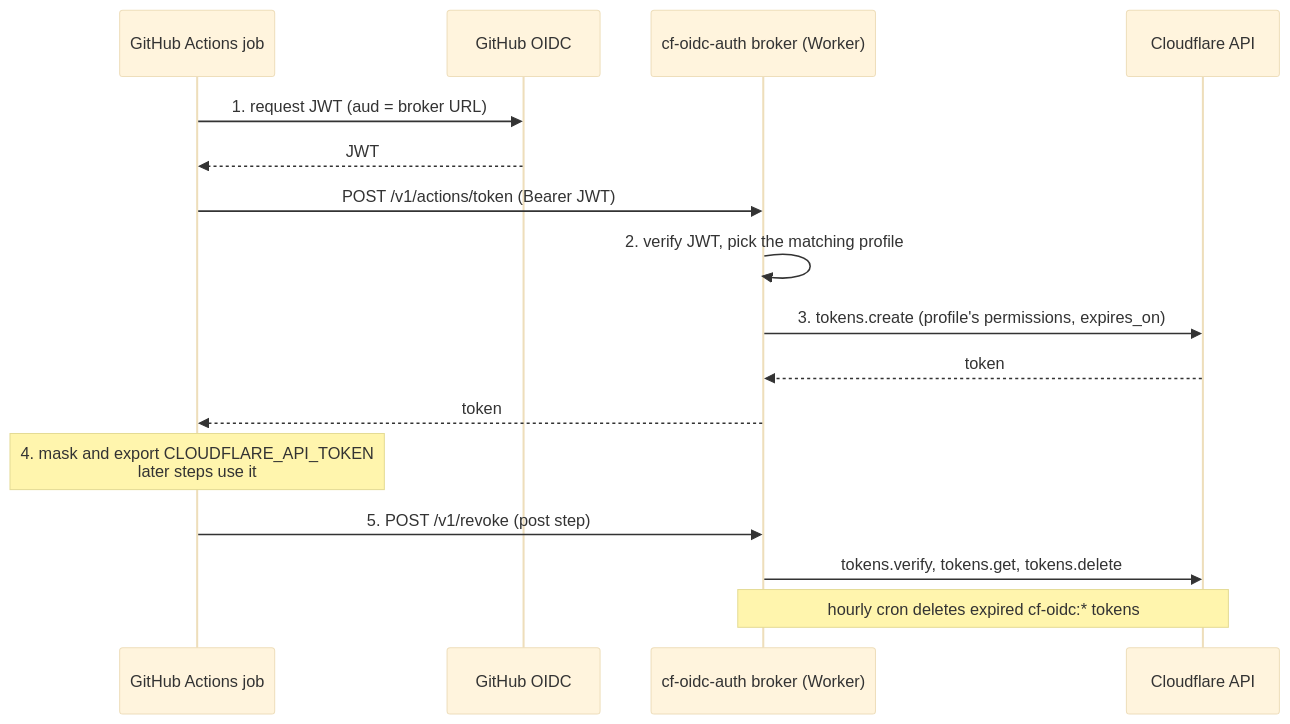
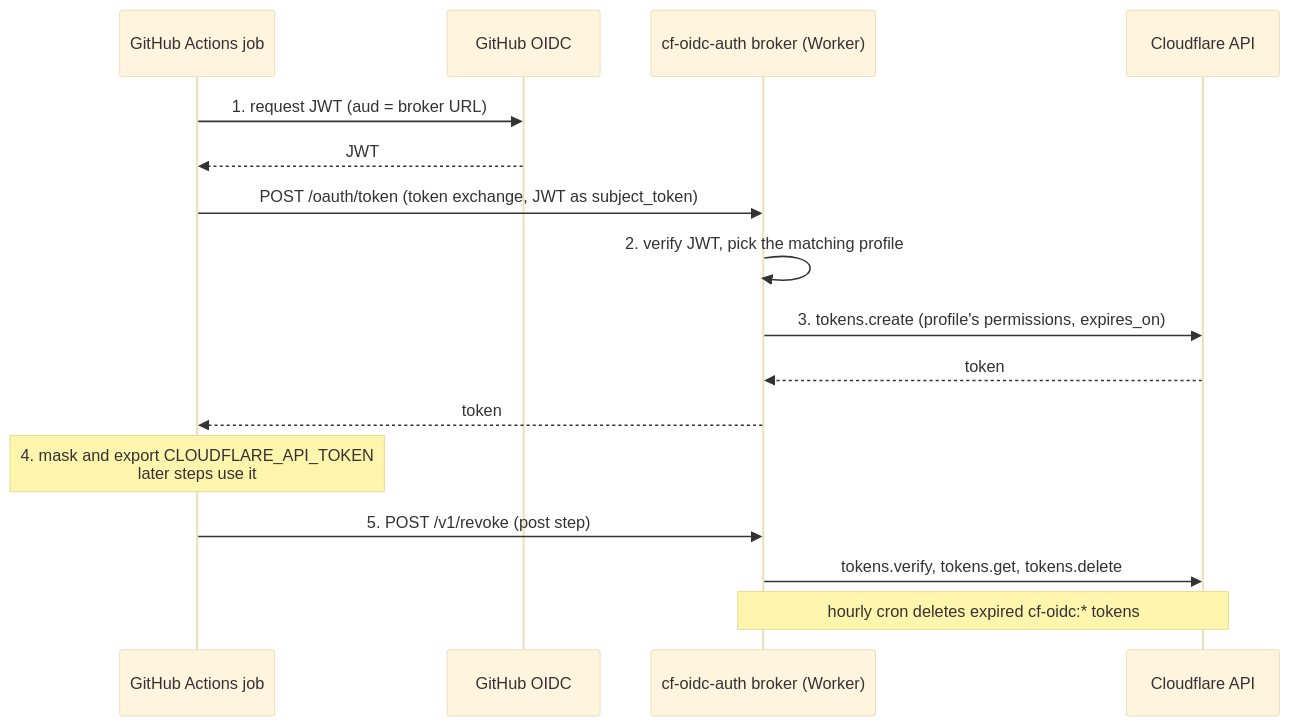
One commit to cf-contrib/cf-auth changed the diagram in README.md. Above: the diagram before and after it, drawn with Mermaid (base theme). The commit also changed 9 other files, not shown here.

First line of the commit message:
feat!: RFC 8693 token exchange at POST /oauth/token

````diff
--- a/README.md
+++ b/README.md
@@ -40,19 +40,19 @@
 ```mermaid
 sequenceDiagram
     participant Job as GitHub Actions job
     participant OIDC as GitHub OIDC
     participant Broker as cf-oidc-auth broker (Worker)
     participant CF as Cloudflare API
 
     Job->>OIDC: 1. request JWT (aud = broker URL)
     OIDC-->>Job: JWT
-    Job->>Broker: POST /v1/actions/token (Bearer JWT)
+    Job->>Broker: POST /oauth/token (token exchange, JWT as subject_token)
     Broker->>Broker: 2. verify JWT, pick the matching profile
     Broker->>CF: 3. tokens.create (profile's permissions, expires_on)
     CF-->>Broker: token
     Broker-->>Job: token
     Note over Job: 4. mask and export CLOUDFLARE_API_TOKEN<br/>later steps use it
     Job->>Broker: 5. POST /v1/revoke (post step)
     Broker->>CF: tokens.verify, tokens.get, tokens.delete
     Note over Broker,CF: hourly cron deletes expired cf-oidc:* tokens
 ```
````
